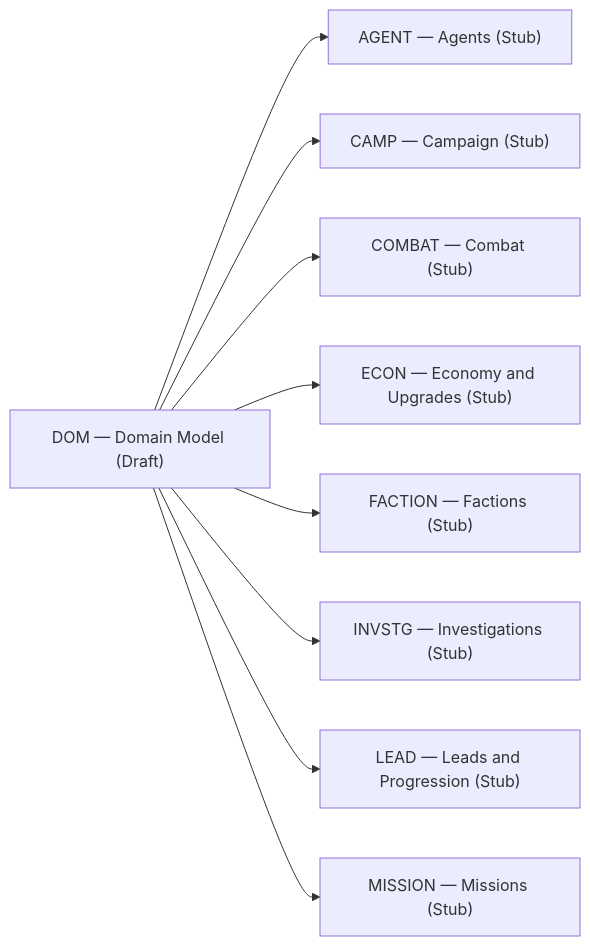
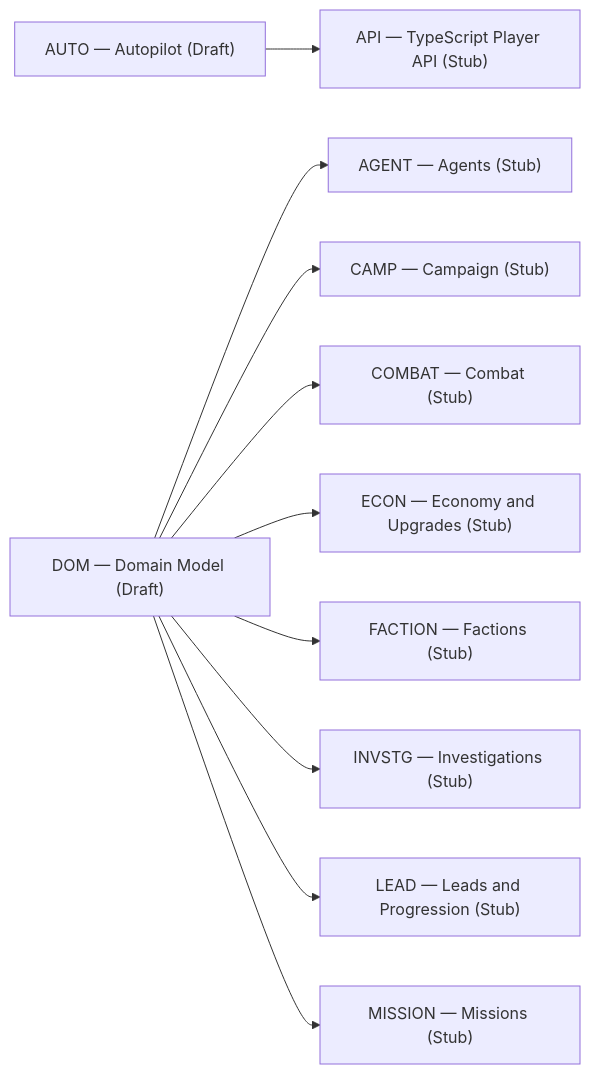
Before and after one commit to konrad-jamrozik/game-v5: the first of 2 diagrams in docs/derived/relationships/refines.md, drawn with Mermaid. The commit also changed other lines of this file and 39 other files, not shown here.

````diff
--- a/docs/derived/relationships/refines.md
+++ b/docs/derived/relationships/refines.md
@@ -13,20 +13,23 @@
 ```mermaid
 flowchart LR
   AGENT["AGENT — Agents (Stub)"]
+  API["API — TypeScript Player API (Stub)"]
+  AUTO["AUTO — Autopilot (Draft)"]
   CAMP["CAMP — Campaign (Stub)"]
   COMBAT["COMBAT — Combat (Stub)"]
   DOM["DOM — Domain Model (Draft)"]
   ECON["ECON — Economy and Upgrades (Stub)"]
   FACTION["FACTION — Factions (Stub)"]
   INVSTG["INVSTG — Investigations (Stub)"]
   LEAD["LEAD — Leads and Progression (Stub)"]
   MISSION["MISSION — Missions (Stub)"]
+  AUTO --> API
   DOM --> AGENT
   DOM --> CAMP
   DOM --> COMBAT
   DOM --> ECON
   DOM --> FACTION
   DOM --> INVSTG
   DOM --> LEAD
   DOM --> MISSION
 ```
````
